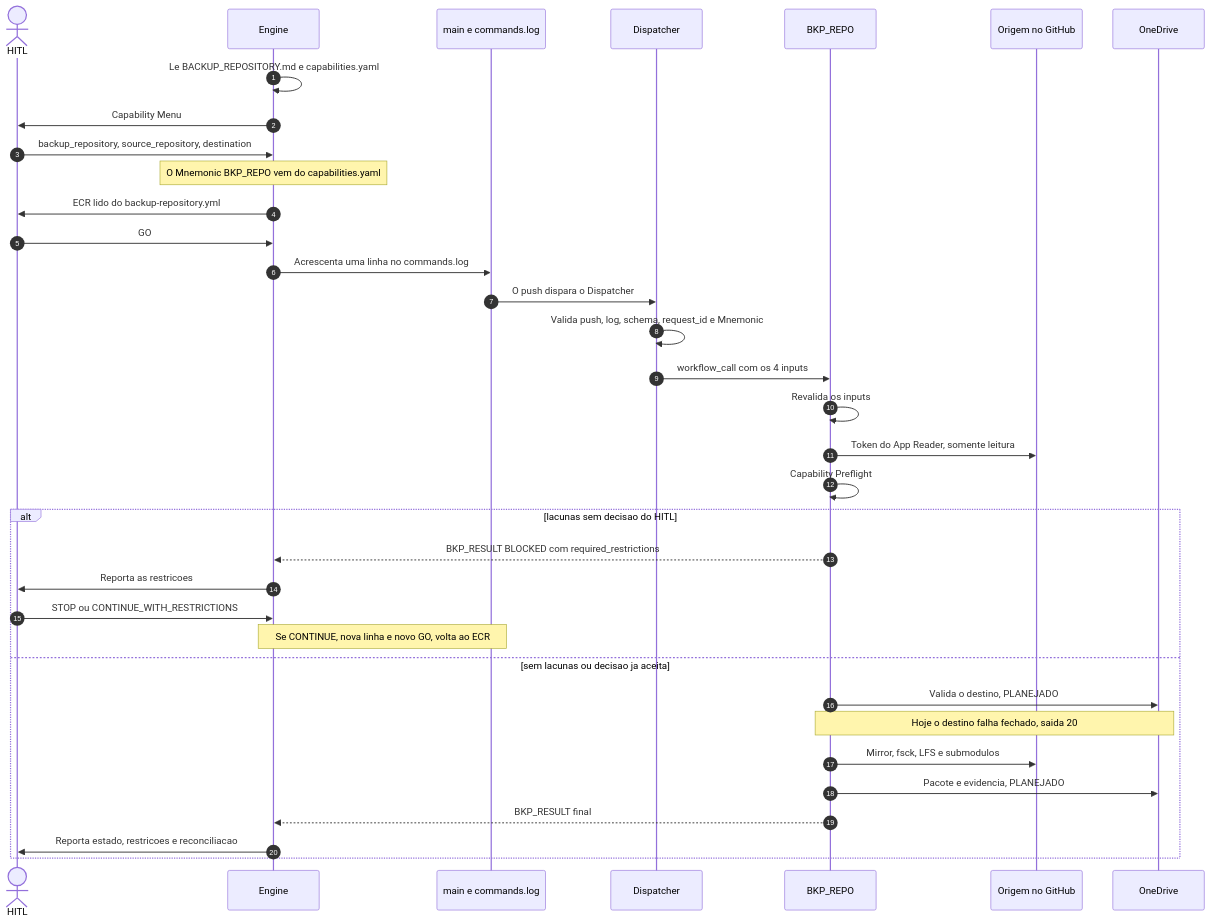
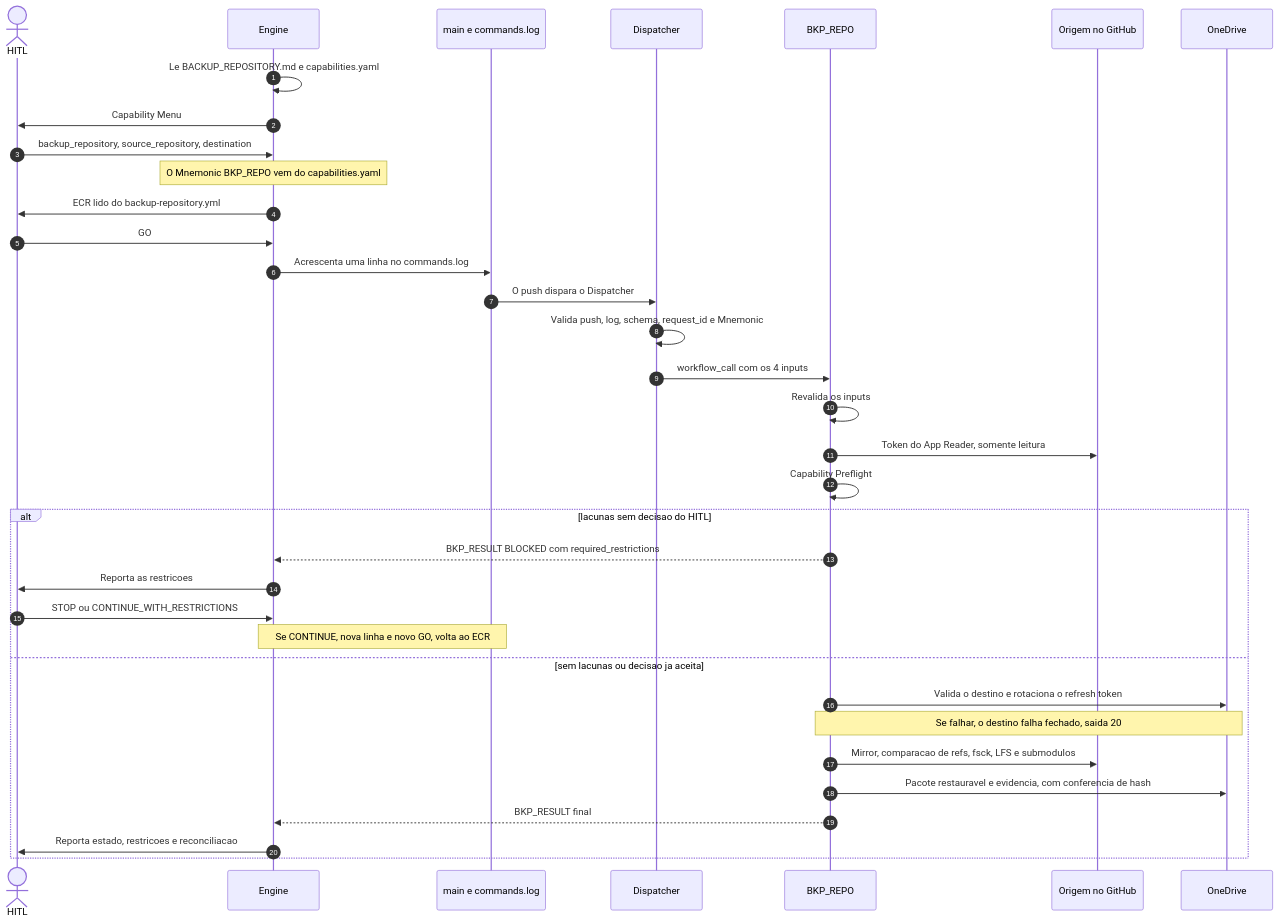
The diagram in BACKUP_REPOSITORY.md (Moriblo/repo_backup), drawn with Mermaid before and after one commit. The commit also changed other lines of this file and 6 other files, not shown here.

First line of the commit message:
SA-08: destino OneDrive (OAuth delegado), pacote restaurável e rotação do refresh token

````diff
--- a/BACKUP_REPOSITORY.md
+++ b/BACKUP_REPOSITORY.md
@@ -268,38 +274,38 @@
 ```mermaid
 sequenceDiagram
     autonumber
     actor HITL
     participant Engine
     participant Main as main e commands.log
     participant Disp as Dispatcher
     participant BKP as BKP_REPO
     participant Src as Origem no GitHub
     participant OD as OneDrive
 
     Engine->>Engine: Le BACKUP_REPOSITORY.md e capabilities.yaml
     Engine->>HITL: Capability Menu
     HITL->>Engine: backup_repository, source_repository, destination
     Note over Engine: O Mnemonic BKP_REPO vem do capabilities.yaml
     Engine->>HITL: ECR lido do backup-repository.yml
     HITL->>Engine: GO
     Engine->>Main: Acrescenta uma linha no commands.log
     Main->>Disp: O push dispara o Dispatcher
     Disp->>Disp: Valida push, log, schema, request_id e Mnemonic
     Disp->>BKP: workflow_call com os 4 inputs
     BKP->>BKP: Revalida os inputs
     BKP->>Src: Token do App Reader, somente leitura
     BKP->>BKP: Capability Preflight
     alt lacunas sem decisao do HITL
         BKP-->>Engine: BKP_RESULT BLOCKED com required_restrictions
         Engine->>HITL: Reporta as restricoes
         HITL->>Engine: STOP ou CONTINUE_WITH_RESTRICTIONS
         Note over Engine,Main: Se CONTINUE, nova linha e novo GO, volta ao ECR
     else sem lacunas ou decisao ja aceita
-        BKP->>OD: Valida o destino, PLANEJADO
-        Note over BKP,OD: Hoje o destino falha fechado, saida 20
-        BKP->>Src: Mirror, fsck, LFS e submodulos
-        BKP->>OD: Pacote e evidencia, PLANEJADO
+        BKP->>OD: Valida o destino e rotaciona o refresh token
+        Note over BKP,OD: Se falhar, o destino falha fechado, saida 20
+        BKP->>Src: Mirror, comparacao de refs, fsck, LFS e submodulos
+        BKP->>OD: Pacote restauravel e evidencia, com conferencia de hash
         BKP-->>Engine: BKP_RESULT final
         Engine->>HITL: Reporta estado, restricoes e reconciliacao
     end
 ```
````
